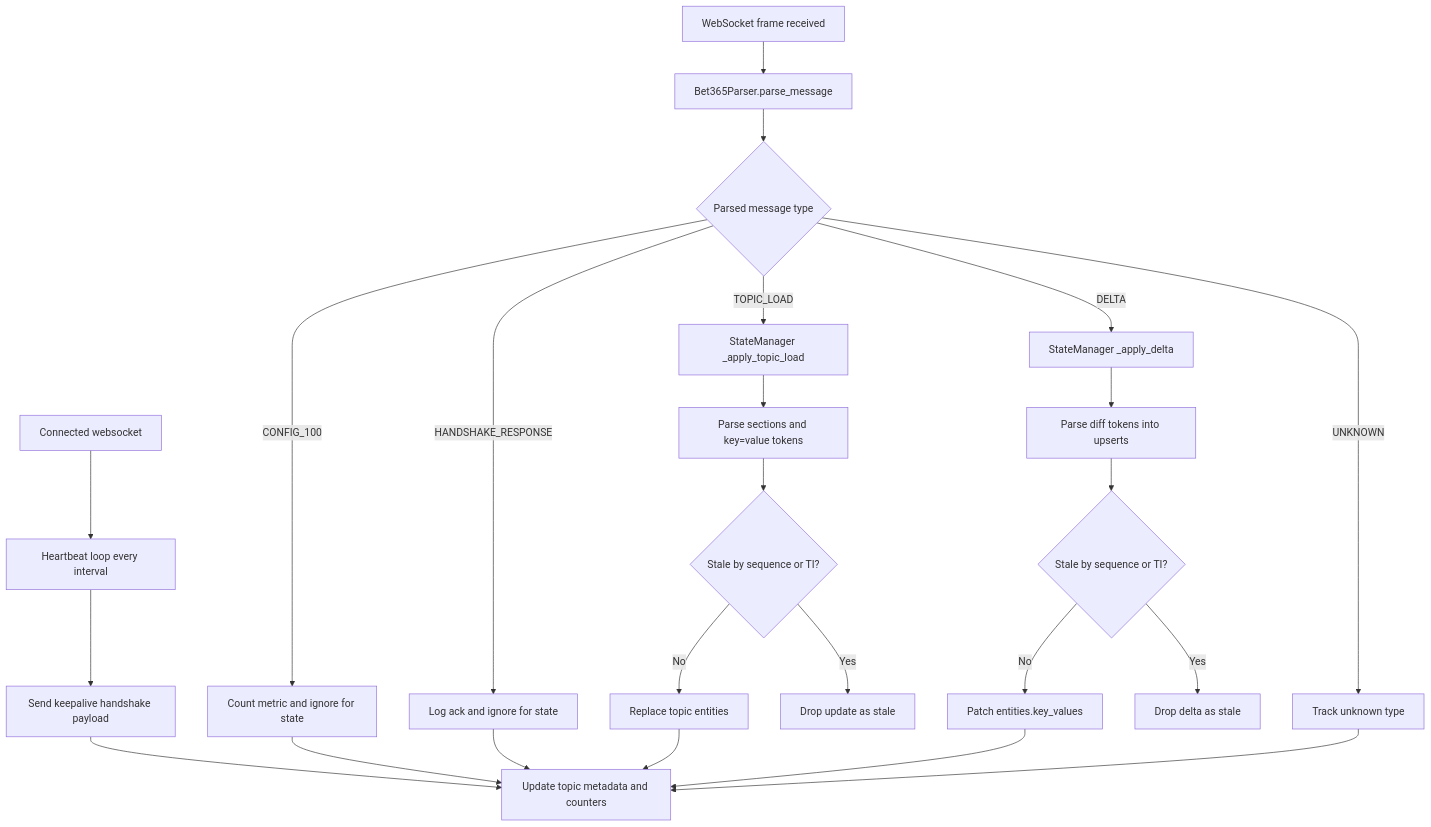
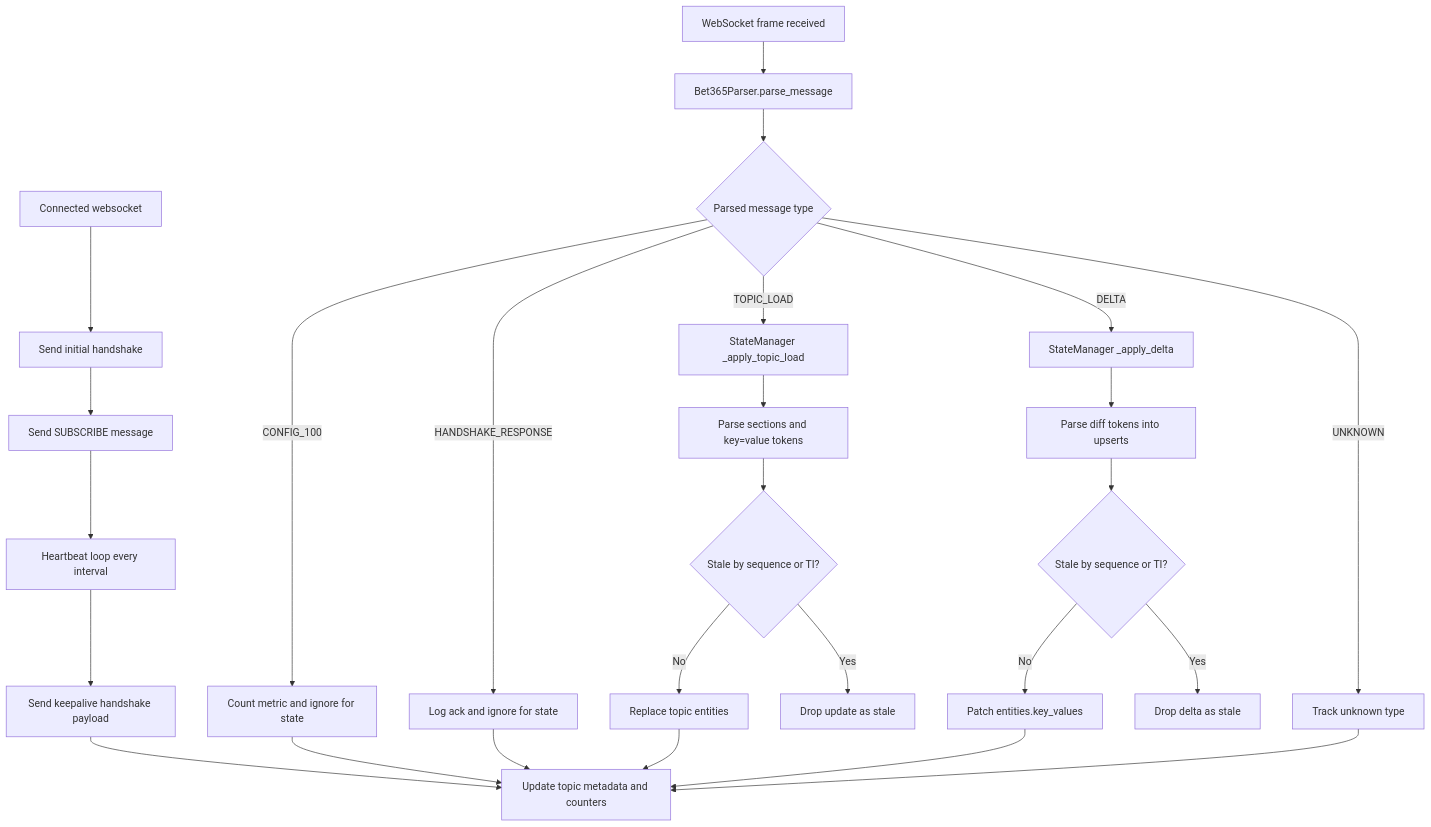
One commit to robert-7/Bet365-Odds-Websocket-Delta-Parser changed the first of 2 diagrams in bet365/README.md. Above: the diagram before and after it, drawn with Mermaid. The commit also changed other lines of this file and 7 other files, not shown here.

````diff
--- a/bet365/README.md
+++ b/bet365/README.md
@@ -26,31 +35,33 @@
 ```mermaid
 flowchart TD
-    A0[Connected websocket] --> A1[Heartbeat loop every interval]
+    A0[Connected websocket] --> A0_1[Send initial handshake]
+    A0_1 --> A0_2[Send SUBSCRIBE message]
+    A0_2 --> A1[Heartbeat loop every interval]
     A1 --> A2[Send keepalive handshake payload]
 
     A[WebSocket frame received] --> B[Bet365Parser.parse_message]
     B --> C{Parsed message type}
 
     C -->|CONFIG_100| D[Count metric and ignore for state]
     C -->|HANDSHAKE_RESPONSE| E[Log ack and ignore for state]
     C -->|TOPIC_LOAD| F[StateManager _apply_topic_load]
     C -->|DELTA| G[StateManager _apply_delta]
     C -->|UNKNOWN| H[Track unknown type]
 
     F --> I[Parse sections and key=value tokens]
     I --> J{Stale by sequence or TI?}
     J -->|No| K[Replace topic entities]
     J -->|Yes| L[Drop update as stale]
 
     G --> M[Parse diff tokens into upserts]
     M --> N{Stale by sequence or TI?}
     N -->|No| O[Patch entities.key_values]
     N -->|Yes| P[Drop delta as stale]
 
     K --> Q[Update topic metadata and counters]
     O --> Q
     A2 --> Q
     D --> Q
     E --> Q
     H --> Q
 ```
````
